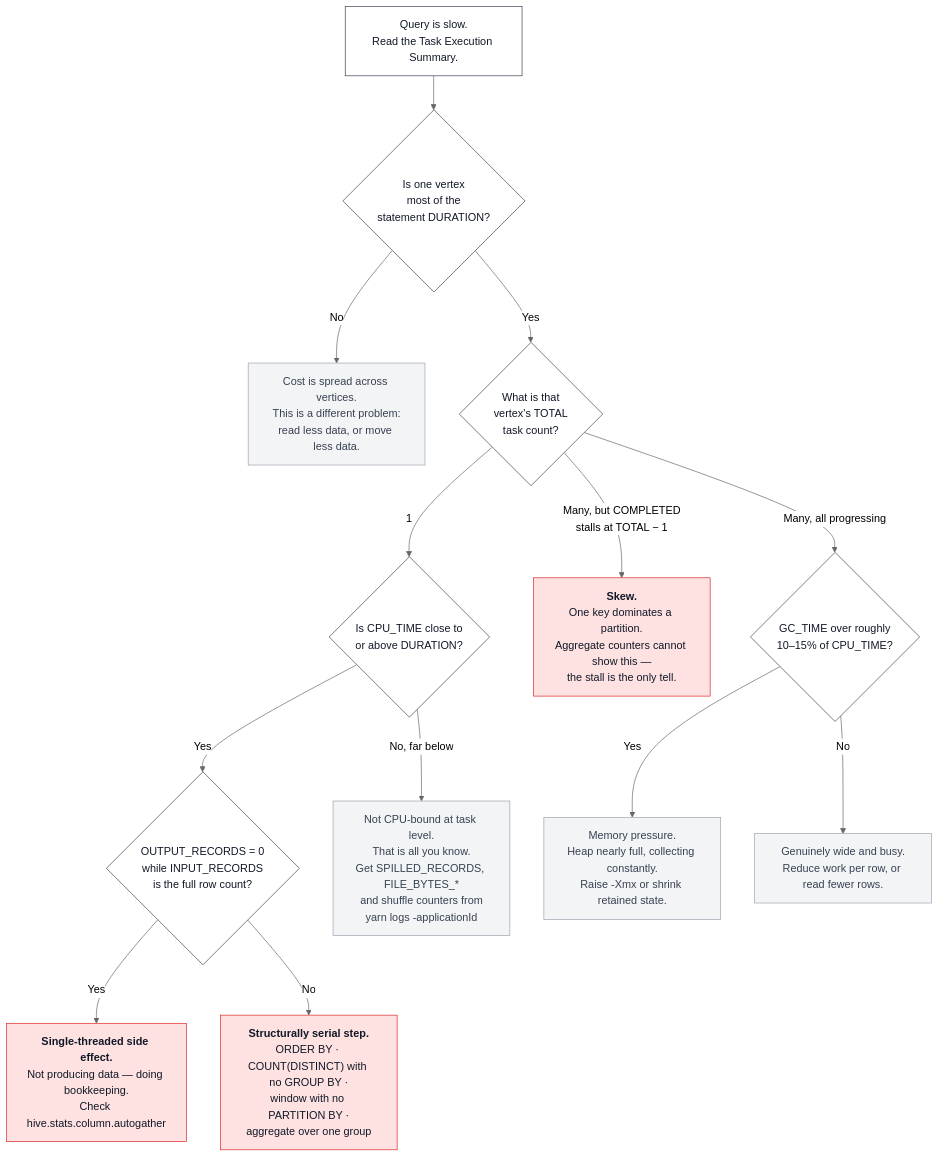
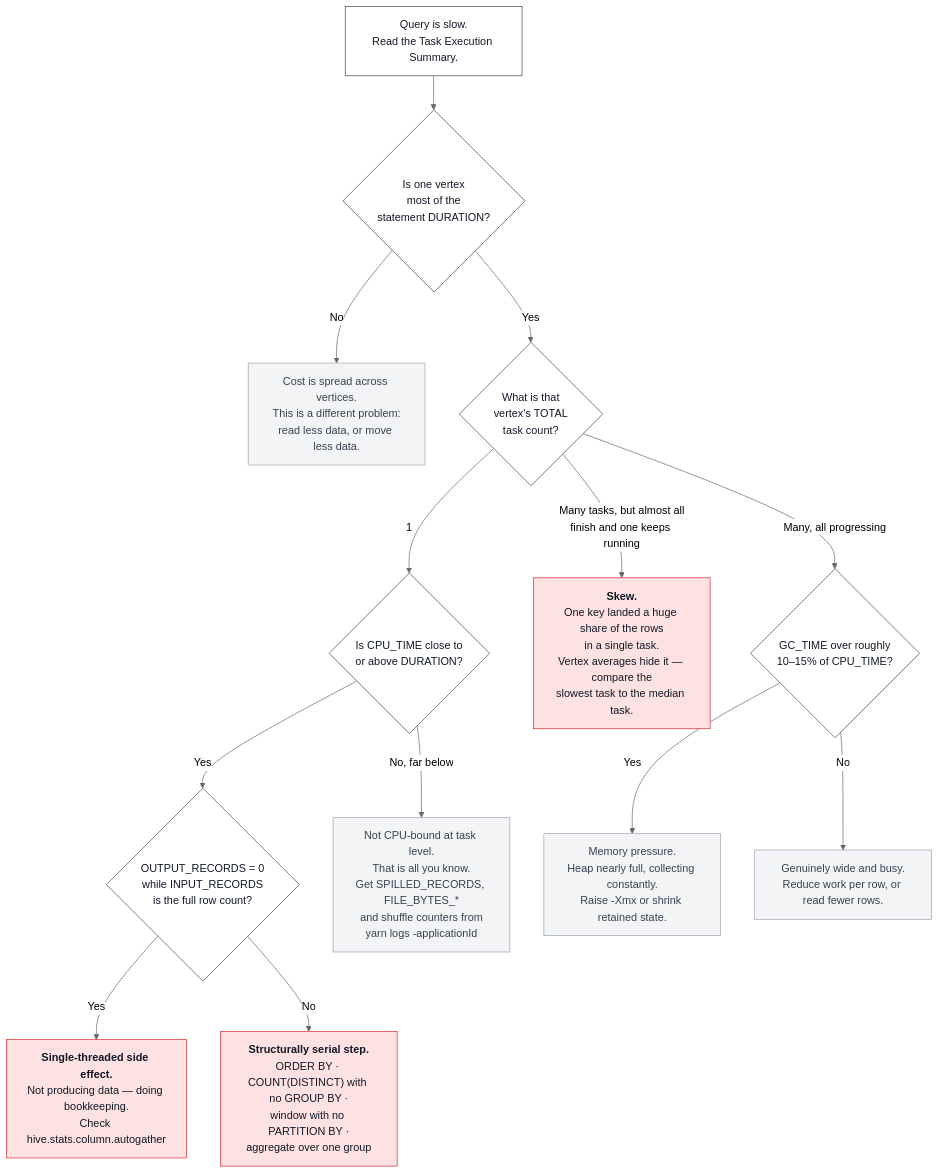
The diagram in posts/001-work-that-cannot-be-parallelised/diagrams/diagnostic-flow.mmd (Gangothri2515/blog), drawn with Mermaid (neutral theme) before and after one commit. The commit also changed 1 other file, not shown here.

Commit message:
Correct 99% timing from progress snapshots; clarify skew branch
Measured from the 1,848 progress snapshots: 99% was first reached at 206 s (3 min 26 s) and held until 9,179 s, so 2 h 29 m at 99%. Points OUTPUT_RECORDS=0 at the specific column so the claim is checkable. Rewords the skew branch, which referred to 'TOTAL - 1' without explaining it. Drops the low-ratio aside.

```diff
--- a/posts/001-work-that-cannot-be-parallelised/diagrams/diagnostic-flow.mmd
+++ b/posts/001-work-that-cannot-be-parallelised/diagrams/diagnostic-flow.mmd
@@ -1,30 +1,30 @@
 flowchart TD
     START["Query is slow.<br/>Read the Task Execution Summary."] --> Q1
 
     Q1{"Is one vertex<br/>most of the<br/>statement DURATION?"}
     Q1 -- No --> SPREAD["Cost is spread across vertices.<br/>This is a different problem:<br/>read less data, or move less data."]
     Q1 -- Yes --> Q2
 
     Q2{"What is that<br/>vertex's TOTAL<br/>task count?"}
     Q2 -- "1" --> Q3
-    Q2 -- "Many, but COMPLETED<br/>stalls at TOTAL − 1" --> SKEW["<b>Skew.</b><br/>One key dominates a partition.<br/>Aggregate counters cannot show this —<br/>the stall is the only tell."]
+    Q2 -- "Many tasks, but almost all<br/>finish and one keeps running" --> SKEW["<b>Skew.</b><br/>One key landed a huge share of the rows<br/>in a single task.<br/>Vertex averages hide it — compare the<br/>slowest task to the median task."]
     Q2 -- "Many, all progressing" --> Q5
 
     Q3{"Is CPU_TIME close to<br/>or above DURATION?"}
     Q3 -- Yes --> Q4
     Q3 -- "No, far below" --> NOTCPU["Not CPU-bound at task level.<br/>That is all you know.<br/>Get SPILLED_RECORDS, FILE_BYTES_*<br/>and shuffle counters from<br/>yarn logs -applicationId"]
 
     Q4{"OUTPUT_RECORDS = 0<br/>while INPUT_RECORDS<br/>is the full row count?"}
     Q4 -- Yes --> SIDEEFFECT["<b>Single-threaded side effect.</b><br/>Not producing data — doing bookkeeping.<br/>Check hive.stats.column.autogather"]
     Q4 -- No --> SERIAL["<b>Structurally serial step.</b><br/>ORDER BY · COUNT(DISTINCT) with no GROUP BY ·<br/>window with no PARTITION BY ·<br/>aggregate over one group"]
 
     Q5{"GC_TIME over roughly<br/>10–15% of CPU_TIME?"}
     Q5 -- Yes --> MEM["Memory pressure.<br/>Heap nearly full, collecting constantly.<br/>Raise -Xmx or shrink retained state."]
     Q5 -- No --> WIDE["Genuinely wide and busy.<br/>Reduce work per row, or read fewer rows."]
 
     classDef answer fill:#fee2e2,stroke:#dc2626,color:#111827
     classDef neutral fill:#f3f4f6,stroke:#9ca3af,color:#374151
     classDef q fill:#ffffff,stroke:#374151,color:#111827
     class SIDEEFFECT,SERIAL,SKEW answer
     class SPREAD,NOTCPU,MEM,WIDE neutral
     class Q1,Q2,Q3,Q4,Q5,START q
```
